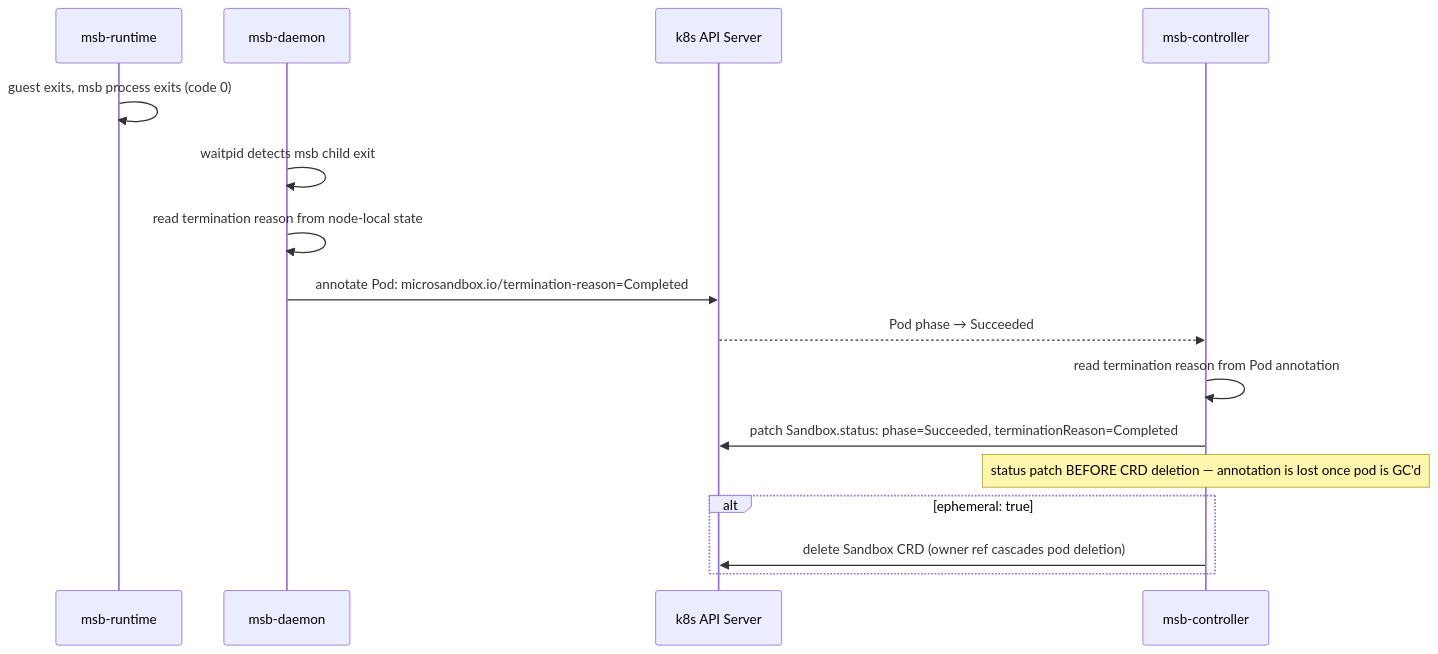
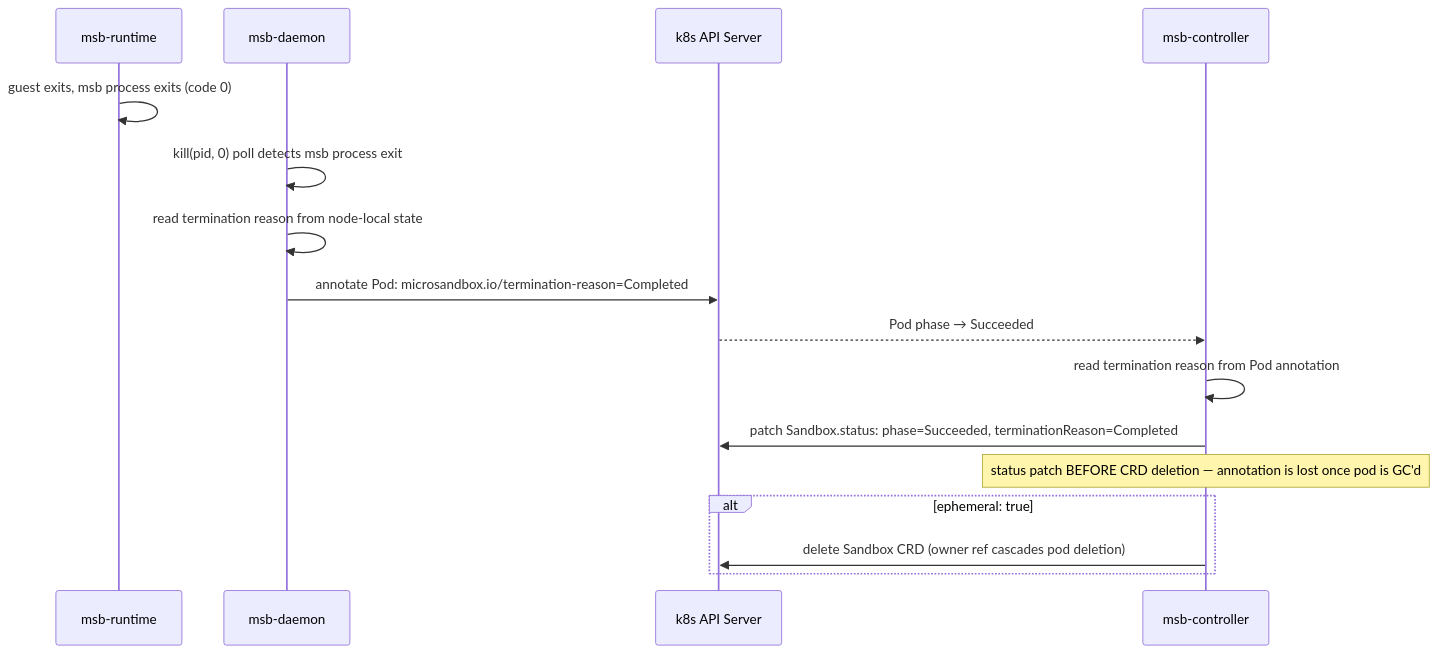
One commit to TheRealSibasishBehera/msb-operator changed the third of 12 diagrams in docs/operator-design.md. Above: the diagram before and after it, drawn with Mermaid. The commit also changed other lines of this file, not shown here.

First line of the commit message:
docs: the runtime boots msb, the daemon only tracks it

````diff
--- a/docs/operator-design.md
+++ b/docs/operator-design.md
@@ -180,19 +180,19 @@
 ```mermaid
 sequenceDiagram
     participant Runtime as msb-runtime
     participant Daemon as msb-daemon
     participant API as k8s API Server
     participant Ctrl as msb-controller
 
     Runtime->>Runtime: guest exits, msb process exits (code 0)
-    Daemon->>Daemon: waitpid detects msb child exit
+    Daemon->>Daemon: kill(pid, 0) poll detects msb process exit
     Daemon->>Daemon: read termination reason from node-local state
     Daemon->>API: annotate Pod: microsandbox.io/termination-reason=Completed
     API-->>Ctrl: Pod phase → Succeeded
     Ctrl->>Ctrl: read termination reason from Pod annotation
     Ctrl->>API: patch Sandbox.status: phase=Succeeded, terminationReason=Completed
     Note over Ctrl: status patch BEFORE CRD deletion — annotation is lost once pod is GC'd
     alt ephemeral: true
         Ctrl->>API: delete Sandbox CRD (owner ref cascades pod deletion)
     end
 ```
````
